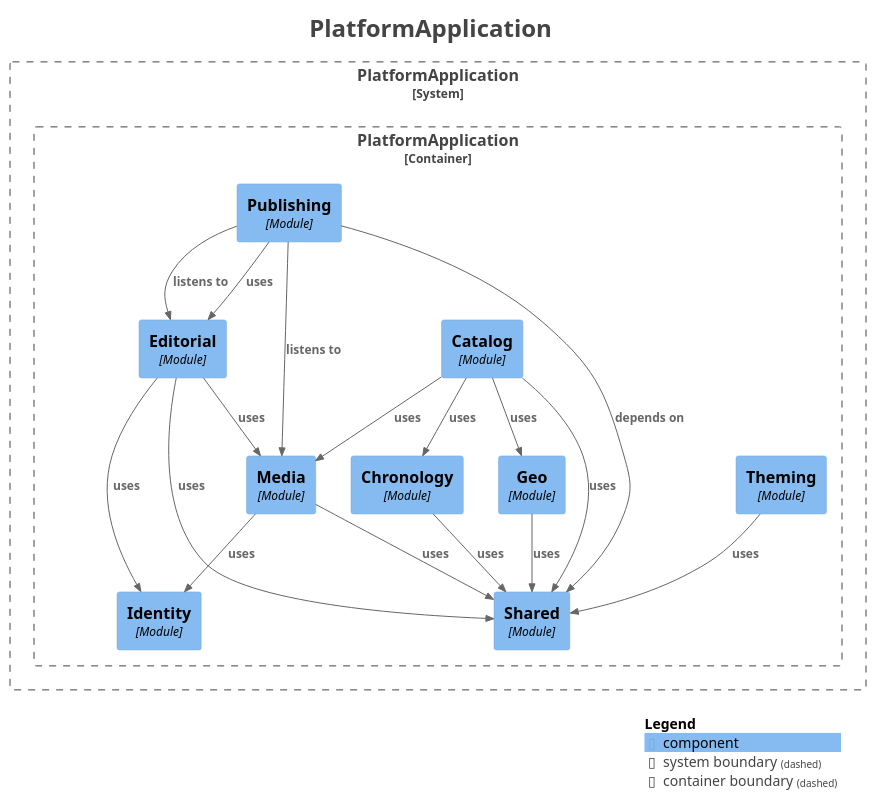
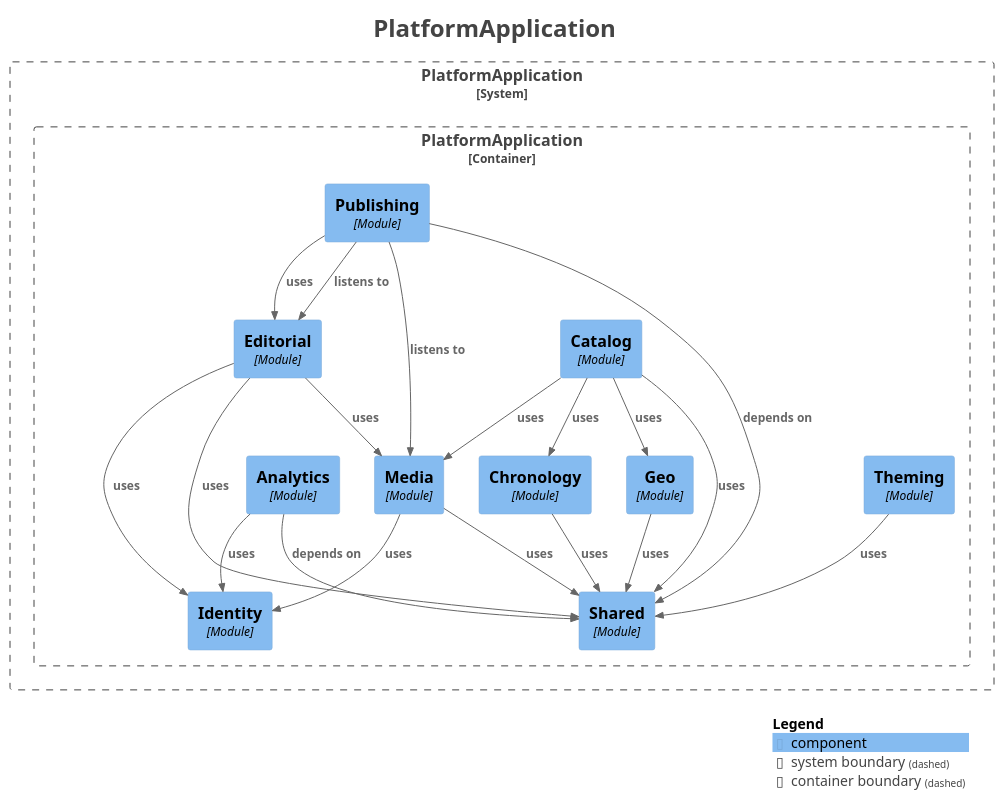
One commit to Asiman77/HistoryAsAGame changed the diagram in docs/modules/components.puml. Above: the diagram before and after it, drawn with PlantUML. The commit also changed 5 other files, not shown here.

Commit message:
docs: phase 12 notes, ADR-0018 (analytics) and module docs

```diff
--- a/docs/modules/components.puml
+++ b/docs/modules/components.puml
@@ -1,52 +1,55 @@
 @startuml
 title <size:24>PlatformApplication</size>
 
 set separator none
 top to bottom direction
 
 <style>
   root {
     BackgroundColor: #ffffff
     FontColor: #444444
   }
 </style>
 
 !include <C4/C4>
 !include <C4/C4_Context>
 !include <C4/C4_Component>
 
 System_Boundary("PlatformApplication_boundary", "PlatformApplication", $tags="") {
   Container_Boundary("PlatformApplication.PlatformApplication_boundary", "PlatformApplication", $tags="") {
     Component(PlatformApplication.PlatformApplication.Catalog, "Catalog", $techn="Module", $descr="", $tags="", $link="")
     Component(PlatformApplication.PlatformApplication.Editorial, "Editorial", $techn="Module", $descr="", $tags="", $link="")
     Component(PlatformApplication.PlatformApplication.Publishing, "Publishing", $techn="Module", $descr="", $tags="", $link="")
     Component(PlatformApplication.PlatformApplication.Identity, "Identity", $techn="Module", $descr="", $tags="", $link="")
     Component(PlatformApplication.PlatformApplication.Shared, "Shared", $techn="Module", $descr="", $tags="", $link="")
+    Component(PlatformApplication.PlatformApplication.Analytics, "Analytics", $techn="Module", $descr="", $tags="", $link="")
     Component(PlatformApplication.PlatformApplication.Chronology, "Chronology", $techn="Module", $descr="", $tags="", $link="")
     Component(PlatformApplication.PlatformApplication.Geo, "Geo", $techn="Module", $descr="", $tags="", $link="")
     Component(PlatformApplication.PlatformApplication.Media, "Media", $techn="Module", $descr="", $tags="", $link="")
     Component(PlatformApplication.PlatformApplication.Theming, "Theming", $techn="Module", $descr="", $tags="", $link="")
   }
 
 }
 
-Rel(PlatformApplication.PlatformApplication.Geo, PlatformApplication.PlatformApplication.Shared, "uses", $techn="", $tags="", $link="")
-Rel(PlatformApplication.PlatformApplication.Media, PlatformApplication.PlatformApplication.Shared, "uses", $techn="", $tags="", $link="")
-Rel(PlatformApplication.PlatformApplication.Media, PlatformApplication.PlatformApplication.Identity, "uses", $techn="", $tags="", $link="")
-Rel(PlatformApplication.PlatformApplication.Theming, PlatformApplication.PlatformApplication.Shared, "uses", $techn="", $tags="", $link="")
 Rel(PlatformApplication.PlatformApplication.Editorial, PlatformApplication.PlatformApplication.Shared, "uses", $techn="", $tags="", $link="")
 Rel(PlatformApplication.PlatformApplication.Editorial, PlatformApplication.PlatformApplication.Identity, "uses", $techn="", $tags="", $link="")
 Rel(PlatformApplication.PlatformApplication.Editorial, PlatformApplication.PlatformApplication.Media, "uses", $techn="", $tags="", $link="")
-Rel(PlatformApplication.PlatformApplication.Chronology, PlatformApplication.PlatformApplication.Shared, "uses", $techn="", $tags="", $link="")
 Rel(PlatformApplication.PlatformApplication.Catalog, PlatformApplication.PlatformApplication.Shared, "uses", $techn="", $tags="", $link="")
 Rel(PlatformApplication.PlatformApplication.Catalog, PlatformApplication.PlatformApplication.Chronology, "uses", $techn="", $tags="", $link="")
 Rel(PlatformApplication.PlatformApplication.Catalog, PlatformApplication.PlatformApplication.Geo, "uses", $techn="", $tags="", $link="")
 Rel(PlatformApplication.PlatformApplication.Catalog, PlatformApplication.PlatformApplication.Media, "uses", $techn="", $tags="", $link="")
+Rel(PlatformApplication.PlatformApplication.Media, PlatformApplication.PlatformApplication.Shared, "uses", $techn="", $tags="", $link="")
+Rel(PlatformApplication.PlatformApplication.Media, PlatformApplication.PlatformApplication.Identity, "uses", $techn="", $tags="", $link="")
+Rel(PlatformApplication.PlatformApplication.Chronology, PlatformApplication.PlatformApplication.Shared, "uses", $techn="", $tags="", $link="")
+Rel(PlatformApplication.PlatformApplication.Theming, PlatformApplication.PlatformApplication.Shared, "uses", $techn="", $tags="", $link="")
+Rel(PlatformApplication.PlatformApplication.Geo, PlatformApplication.PlatformApplication.Shared, "uses", $techn="", $tags="", $link="")
+Rel(PlatformApplication.PlatformApplication.Analytics, PlatformApplication.PlatformApplication.Shared, "depends on", $techn="", $tags="", $link="")
+Rel(PlatformApplication.PlatformApplication.Analytics, PlatformApplication.PlatformApplication.Identity, "uses", $techn="", $tags="", $link="")
 Rel(PlatformApplication.PlatformApplication.Publishing, PlatformApplication.PlatformApplication.Editorial, "listens to", $techn="", $tags="", $link="")
 Rel(PlatformApplication.PlatformApplication.Publishing, PlatformApplication.PlatformApplication.Media, "listens to", $techn="", $tags="", $link="")
 Rel(PlatformApplication.PlatformApplication.Publishing, PlatformApplication.PlatformApplication.Shared, "depends on", $techn="", $tags="", $link="")
 Rel(PlatformApplication.PlatformApplication.Publishing, PlatformApplication.PlatformApplication.Editorial, "uses", $techn="", $tags="", $link="")
 
 SHOW_LEGEND(true)
 hide stereotypes
 @enduml
```
